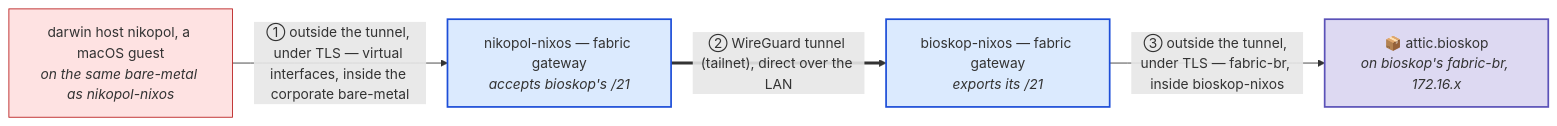
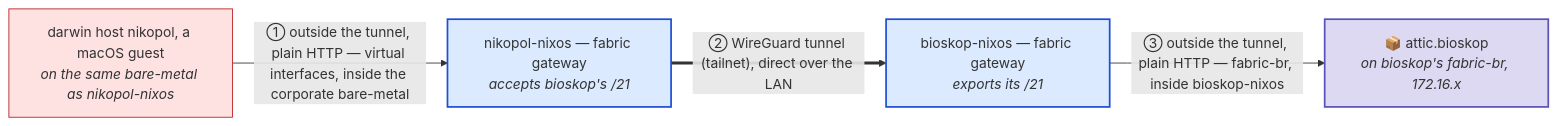
One commit to seedmatic/ndh changed the second of 16 diagrams in docs/private-binary-cache-spec.adoc. Above: the diagram before and after it, drawn with Mermaid. The commit also changed other lines of this file, not shown here.

First line of the commit message:
docs(private-cache): attic in plain HTTP on :80, no TLS leaf (the operator, 2026-10-30)

```diff
--- a/docs/private-binary-cache-spec.adoc
+++ b/docs/private-binary-cache-spec.adoc
@@ -218,16 +218,16 @@
 [mermaid]
 ....
 flowchart LR
   c["darwin host nikopol, a macOS guest<br/><i>on the same bare-metal as nikopol-nixos</i>"]:::clear
   nn["nikopol-nixos — fabric gateway<br/><i>accepts bioskop's /21</i>"]:::router
   nb["bioskop-nixos — fabric gateway<br/><i>exports its /21</i>"]:::router
   a["📦 attic.bioskop<br/><i>on bioskop's fabric-br, 172.16.x</i>"]:::cache
 
-  c -->|"① outside the tunnel, under TLS — virtual interfaces, inside the corporate bare-metal"| nn
+  c -->|"① outside the tunnel, plain HTTP — virtual interfaces, inside the corporate bare-metal"| nn
   nn ==>|"② WireGuard tunnel (tailnet), direct over the LAN"| nb
-  nb -->|"③ outside the tunnel, under TLS — fabric-br, inside bioskop-nixos"| a
+  nb -->|"③ outside the tunnel, plain HTTP — fabric-br, inside bioskop-nixos"| a
 
   classDef clear fill:#fee2e2,stroke:#b91c1c;
   classDef router fill:#dbeafe,stroke:#1d4ed8,stroke-width:2px;
   classDef cache fill:#ddd9f2,stroke:#5b52b8,stroke-width:2px;
 ....
```
